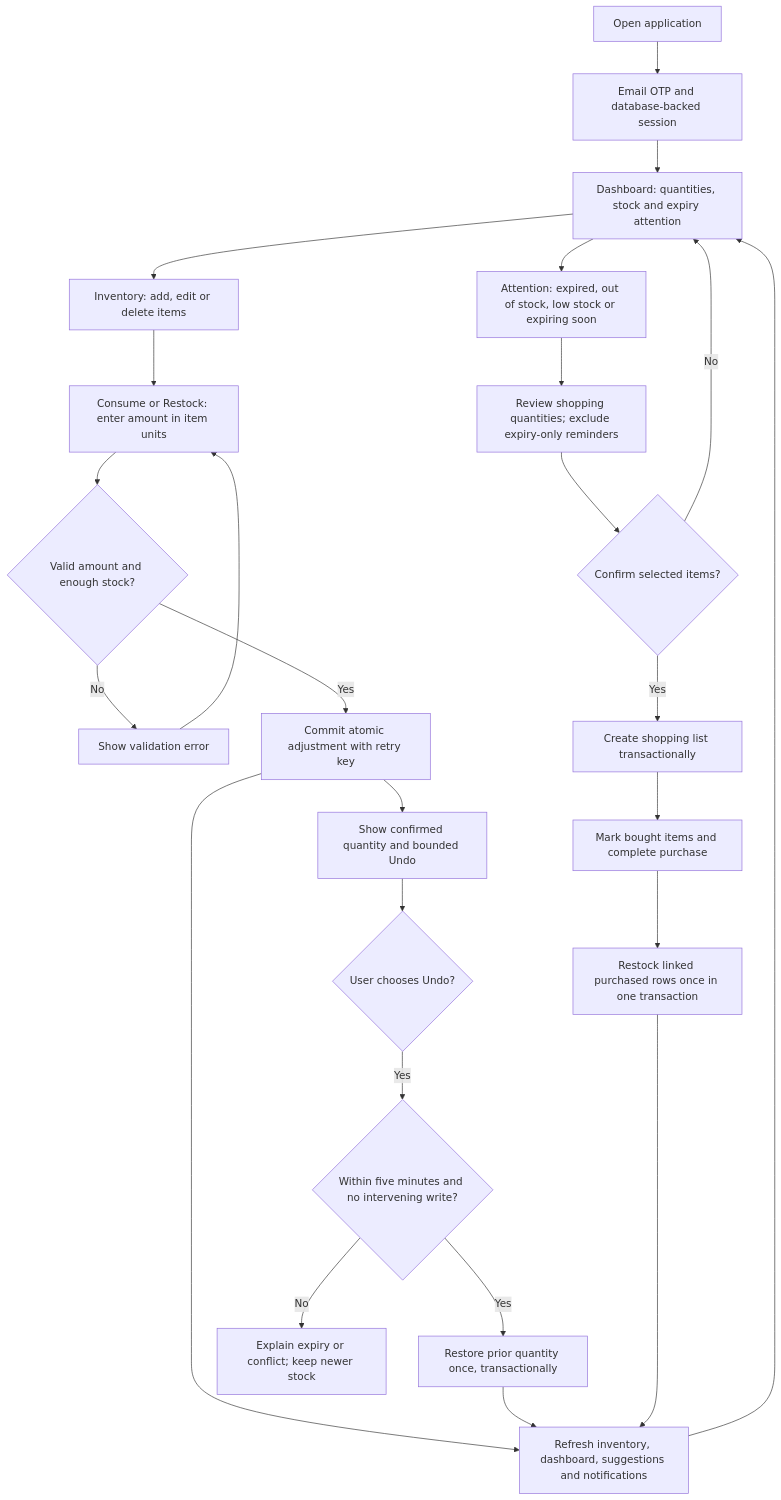
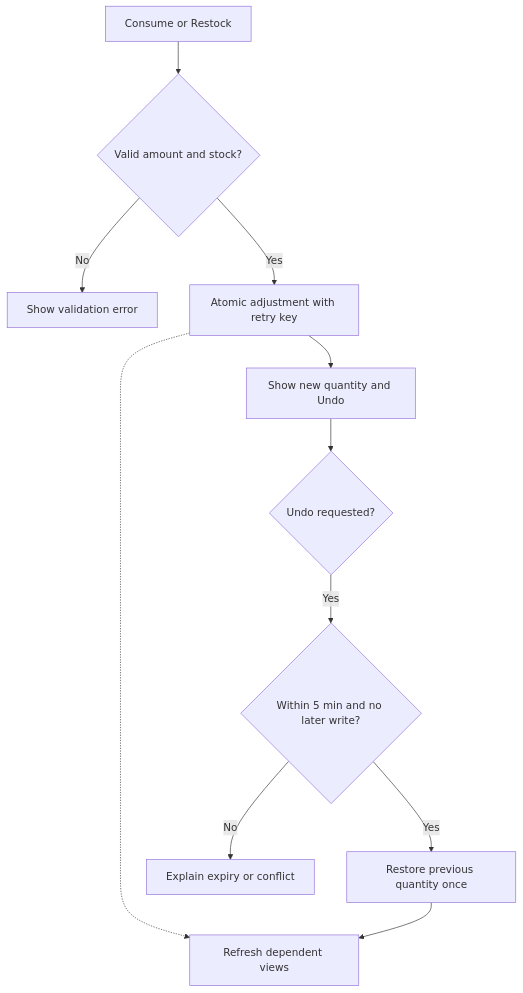
Before and after one commit to chankiahuja/pantry-pal: the fourth of 7 diagrams in docs/ARCHITECTURE.md, drawn with Mermaid. The commit also changed other lines of this file, not shown here.

Commit message:
docs: split oversized architecture diagrams into focused readable flows

````diff
--- a/docs/ARCHITECTURE.md
+++ b/docs/ARCHITECTURE.md
@@ -59,29 +65,13 @@
 ```mermaid
 flowchart TD
-    Open["Open application"] --> Login["Email OTP and database-backed session"]
-    Login --> Dashboard["Dashboard: quantities, stock and expiry attention"]
-    Dashboard --> Inventory["Inventory: add, edit or delete items"]
-    Inventory --> Adjust["Consume or Restock: enter amount in item units"]
-    Adjust --> Validate{"Valid amount and enough stock?"}
-    Validate -->|No| Error["Show validation error"]
-    Error --> Adjust
-    Validate -->|Yes| Commit["Commit atomic adjustment with retry key"]
-    Commit --> Feedback["Show confirmed quantity and bounded Undo"]
-    Feedback --> Undo{"User chooses Undo?"}
-    Undo -->|Yes| Eligible{"Within five minutes and no intervening write?"}
-    Eligible -->|Yes| Restore["Restore prior quantity once, transactionally"]
-    Eligible -->|No| Rejected["Explain expiry or conflict; keep newer stock"]
-
-    Dashboard --> Suggestions["Attention: expired, out of stock, low stock or expiring soon"]
-    Suggestions --> Review["Review shopping quantities; exclude expiry-only reminders"]
-    Review --> Confirm{"Confirm selected items?"}
-    Confirm -->|No| Dashboard
-    Confirm -->|Yes| List["Create shopping list transactionally"]
-    List --> Purchased["Mark bought items and complete purchase"]
-    Purchased --> Restock["Restock linked purchased rows once in one transaction"]
-
-    Commit --> Refresh["Refresh inventory, dashboard, suggestions and notifications"]
+    Edit["Consume or Restock"] --> Valid{"Valid amount and stock?"}
+    Valid -->|No| Error["Show validation error"]
+    Valid -->|Yes| Save["Atomic adjustment with retry key"]
+    Save --> Confirm["Show new quantity and Undo"]
+    Confirm --> Undo{"Undo requested?"}
+    Undo -->|Yes| Check{"Within 5 min and no later write?"}
+    Check -->|Yes| Restore["Restore previous quantity once"]
+    Check -->|No| Conflict["Explain expiry or conflict"]
+    Save -.-> Refresh["Refresh dependent views"]
     Restore --> Refresh
-    Restock --> Refresh
-    Refresh --> Dashboard
 ```
````
